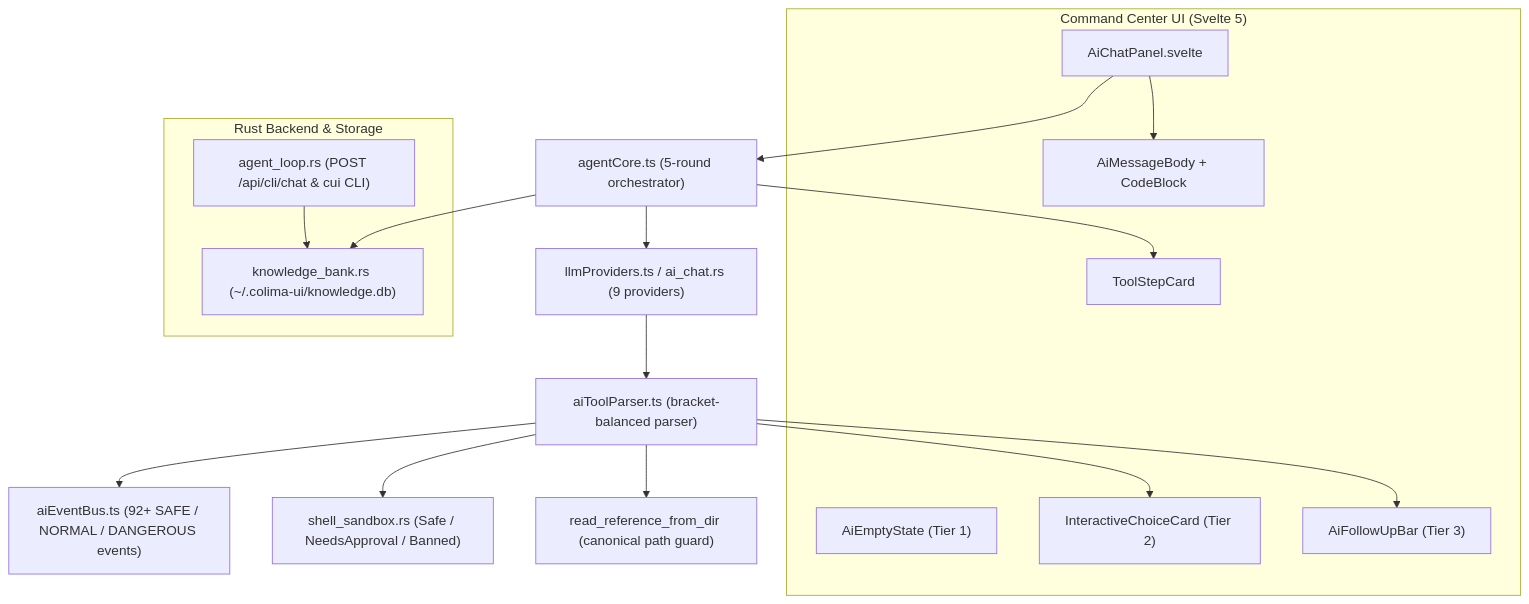
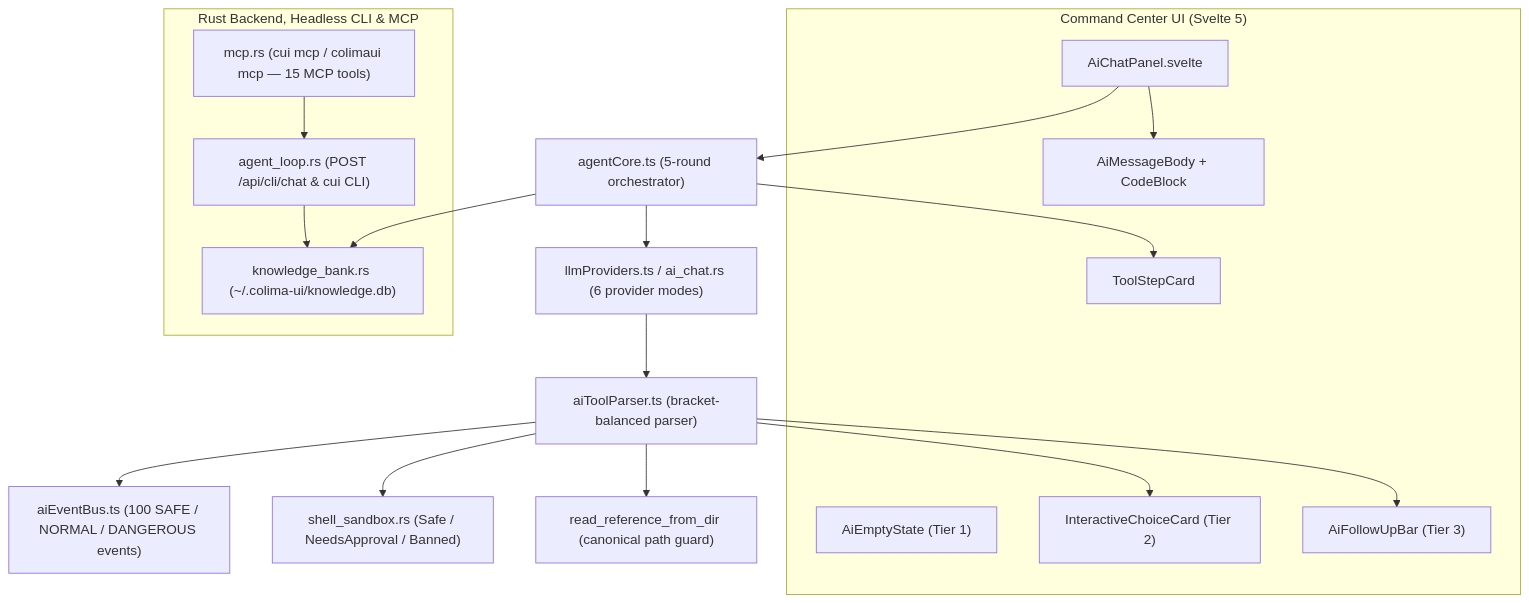
One commit to vnknowledge2014/colima-ui changed the diagram in docs/ai.md. Above: the diagram before and after it, drawn with Mermaid. The commit also changed other lines of this file and 125 other files, not shown here.

First line of the commit message:
feat(v0.2.2): harden backend/frontend parity, real cui AI CLI, native MCP server & docs sync (#94)

````diff
--- a/docs/ai.md
+++ b/docs/ai.md
@@ -9,31 +9,33 @@
 ```mermaid
 graph TD
     subgraph UI["Command Center UI (Svelte 5)"]
         PANEL["AiChatPanel.svelte"]
         EMPTY["AiEmptyState (Tier 1)"]
         CHOICE["InteractiveChoiceCard (Tier 2)"]
         FOLLOW["AiFollowUpBar (Tier 3)"]
         STEP["ToolStepCard"]
         BODY["AiMessageBody + CodeBlock"]
     end
 
     PANEL --> CORE["agentCore.ts (5-round orchestrator)"]
-    CORE --> STREAM["llmProviders.ts / ai_chat.rs (9 providers)"]
+    CORE --> STREAM["llmProviders.ts / ai_chat.rs (6 provider modes)"]
     STREAM --> PARSER["aiToolParser.ts (bracket-balanced parser)"]
 
-    PARSER --> BUS["aiEventBus.ts (92+ SAFE / NORMAL / DANGEROUS events)"]
+    PARSER --> BUS["aiEventBus.ts (100 SAFE / NORMAL / DANGEROUS events)"]
     PARSER --> SANDBOX["shell_sandbox.rs (Safe / NeedsApproval / Banned)"]
     PARSER --> REF["read_reference_from_dir (canonical path guard)"]
     PARSER --> CHOICE
     PARSER --> FOLLOW
     CORE --> STEP
     PANEL --> BODY
 
-    subgraph Backend["Rust Backend & Storage"]
+    subgraph Backend["Rust Backend, Headless CLI & MCP"]
         KB["knowledge_bank.rs (~/.colima-ui/knowledge.db)"]
         CLI["agent_loop.rs (POST /api/cli/chat & cui CLI)"]
+        MCP["mcp.rs (cui mcp / colimaui mcp — 15 MCP tools)"]
     end
 
     CORE --> KB
     CLI --> KB
+    MCP --> CLI
 ```
````
